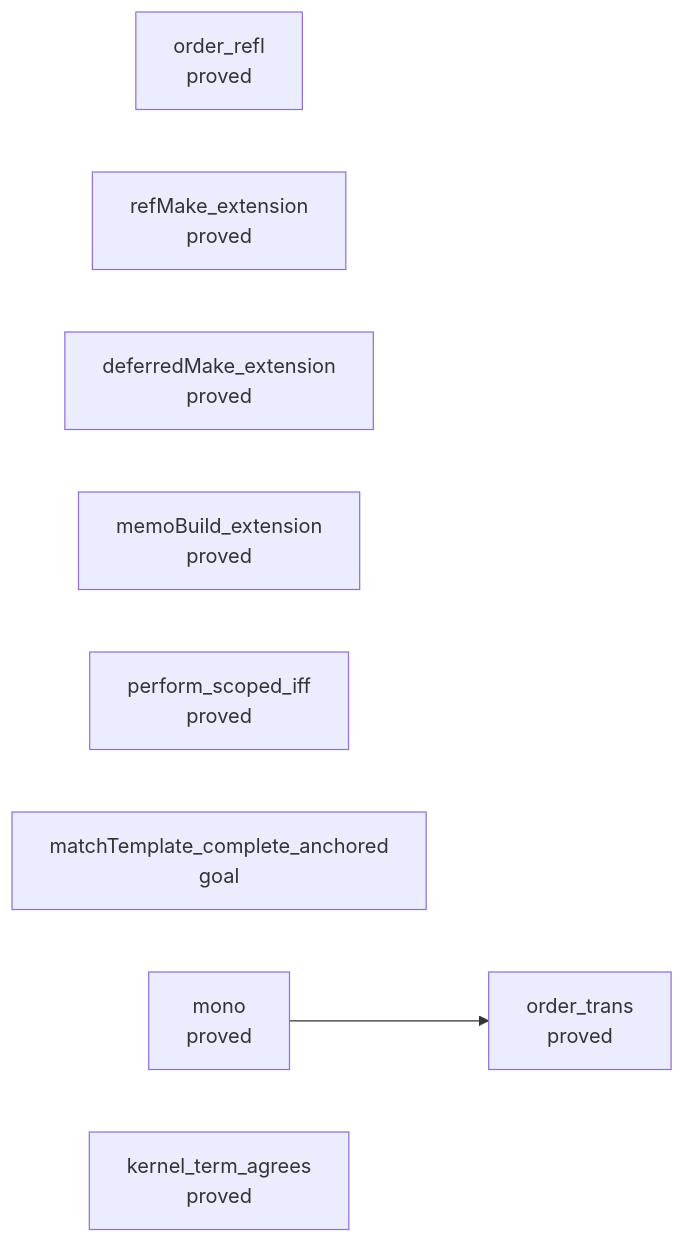
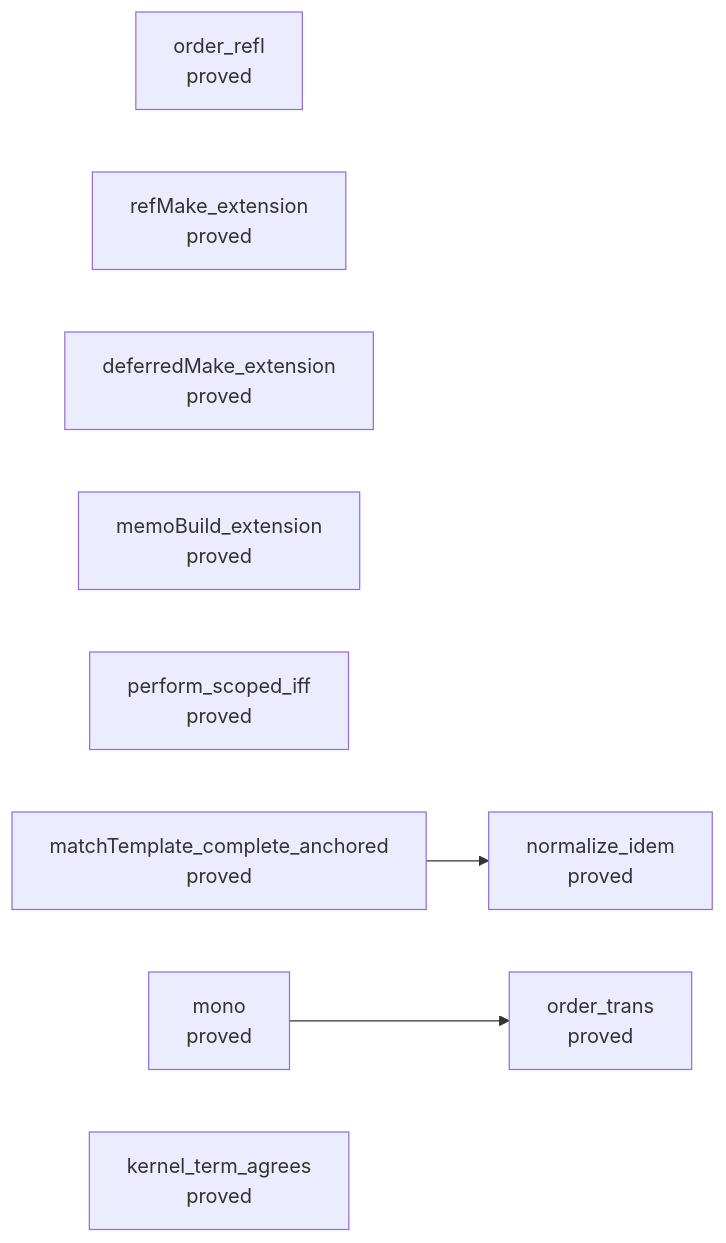
The fourth of 13 diagrams in generated/semantics.md (pure-algebra/lean4-effect4), drawn with Mermaid before and after one commit. The commit also changed other lines of this file, not shown here.

First line of the commit message:
T4: make gen-semantics: template-match-anchored is proved

````diff
--- a/generated/semantics.md
+++ b/generated/semantics.md
@@ -1958,13 +1958,15 @@
 ```mermaid
 flowchart LR
   n0["order_refl<br/>proved"]
   n1["order_trans<br/>proved"]
   n2["refMake_extension<br/>proved"]
   n3["deferredMake_extension<br/>proved"]
   n4["memoBuild_extension<br/>proved"]
   n5["perform_scoped_iff<br/>proved"]
-  n6["matchTemplate_complete_anchored<br/>goal"]
+  n6["matchTemplate_complete_anchored<br/>proved"]
   n7["mono<br/>proved"]
   n8["kernel_term_agrees<br/>proved"]
+  n9["normalize_idem<br/>proved"]
+  n6 --> n9
   n7 --> n1
 ```
````
